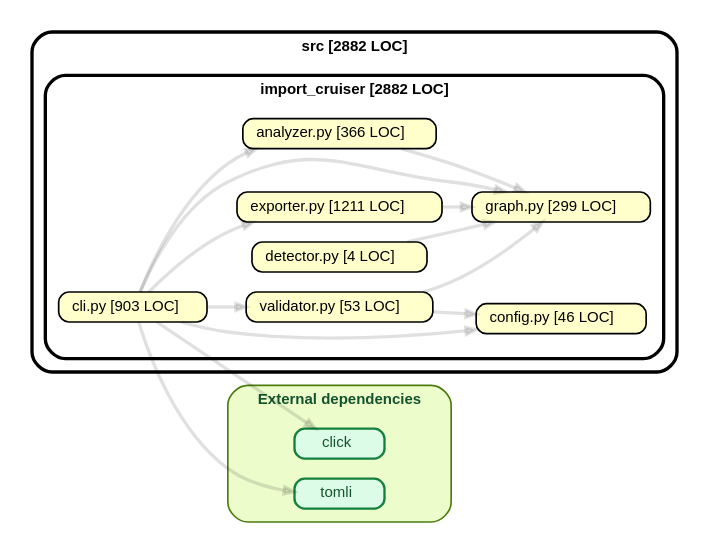
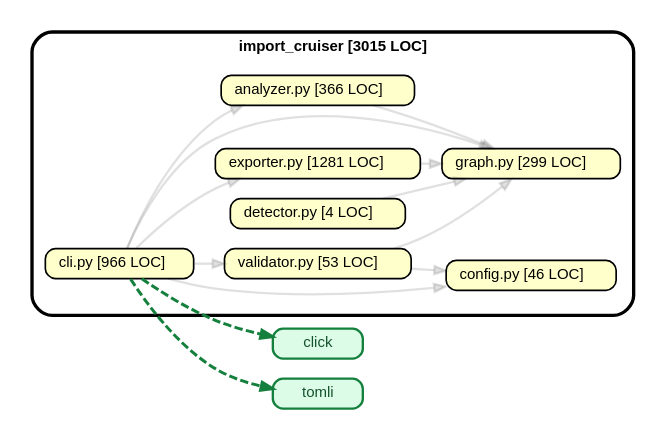
The diagram in artifacts/self-graph/import-cruiser-self-graph.dot (kevin91nl/import-cruiser), drawn with Graphviz before and after one commit. The commit also changed 10 other files, not shown here.

```diff
--- a/artifacts/self-graph/import-cruiser-self-graph.dot
+++ b/artifacts/self-graph/import-cruiser-self-graph.dot
@@ -1,28 +1,28 @@
 strict digraph "import_cruiser"{
     rankdir="LR" splines="true" overlap="false" nodesep="0.16" ranksep="0.18" fontname="Helvetica-bold" fontsize="9" style="rounded,bold,filled" fillcolor="#ffffff" compound="true"
     node [shape="box" style="rounded, filled" height="0.2" color="black" fillcolor="#ffffcc" fontcolor="black" fontname="Helvetica" fontsize="9"]
     edge [arrowhead="normal" arrowsize="0.6" penwidth="2.0" color="#0000001f" fontname="Helvetica" fontsize="9"]
 
-    subgraph "cluster___external_deps__" {label="External dependencies" style="rounded,filled" fillcolor="#ECFCCB" color="#4D7C0F" fontcolor="#14532D" "src/import_cruiser/click" [label=<click> tooltip="click" URL="click" shape="box" style="rounded,filled" fillcolor="#DCFCE7" color="#15803D" penwidth=1.4 fontcolor="#14532D" ] }
-    subgraph "cluster_src" {label="src [2882 LOC]" subgraph "cluster_src/import_cruiser" {label="import_cruiser [2882 LOC]" "src/import_cruiser/analyzer.py" [label=<analyzer.py [366 LOC]> tooltip="analyzer.py [366 LOC]" URL="src/import_cruiser/analyzer.py" ] }}
-    subgraph "cluster_src" {label="src [2882 LOC]" subgraph "cluster_src/import_cruiser" {label="import_cruiser [2882 LOC]" "src/import_cruiser/cli.py" [label=<cli.py [903 LOC]> tooltip="cli.py [903 LOC]" URL="src/import_cruiser/cli.py" ] }}
-    subgraph "cluster_src" {label="src [2882 LOC]" subgraph "cluster_src/import_cruiser" {label="import_cruiser [2882 LOC]" "src/import_cruiser/config.py" [label=<config.py [46 LOC]> tooltip="config.py [46 LOC]" URL="src/import_cruiser/config.py" ] }}
-    subgraph "cluster_src" {label="src [2882 LOC]" subgraph "cluster_src/import_cruiser" {label="import_cruiser [2882 LOC]" "src/import_cruiser/detector.py" [label=<detector.py [4 LOC]> tooltip="detector.py [4 LOC]" URL="src/import_cruiser/detector.py" ] }}
-    subgraph "cluster_src" {label="src [2882 LOC]" subgraph "cluster_src/import_cruiser" {label="import_cruiser [2882 LOC]" "src/import_cruiser/exporter.py" [label=<exporter.py [1211 LOC]> tooltip="exporter.py [1211 LOC]" URL="src/import_cruiser/exporter.py" ] }}
-    subgraph "cluster_src" {label="src [2882 LOC]" subgraph "cluster_src/import_cruiser" {label="import_cruiser [2882 LOC]" "src/import_cruiser/graph.py" [label=<graph.py [299 LOC]> tooltip="graph.py [299 LOC]" URL="src/import_cruiser/graph.py" ] }}
-    subgraph "cluster_src" {label="src [2882 LOC]" subgraph "cluster_src/import_cruiser" {label="import_cruiser [2882 LOC]" "src/import_cruiser/validator.py" [label=<validator.py [53 LOC]> tooltip="validator.py [53 LOC]" URL="src/import_cruiser/validator.py" ] }}
-    subgraph "cluster___external_deps__" {label="External dependencies" style="rounded,filled" fillcolor="#ECFCCB" color="#4D7C0F" fontcolor="#14532D" "src/import_cruiser/tomli" [label=<tomli> tooltip="tomli" URL="tomli" shape="box" style="rounded,filled" fillcolor="#DCFCE7" color="#15803D" penwidth=1.4 fontcolor="#14532D" ] }
+    "click" [label=<click> tooltip="click" URL="click" shape="box" style="rounded,filled" fillcolor="#DCFCE7" color="#15803D" penwidth=1.4 fontcolor="#14532D" ]
+    subgraph "cluster_import_cruiser" {label="import_cruiser [3015 LOC]" "import_cruiser.analyzer" [label=<analyzer.py [366 LOC]> tooltip="analyzer.py [366 LOC]" URL="import_cruiser.analyzer" ] }
+    subgraph "cluster_import_cruiser" {label="import_cruiser [3015 LOC]" "import_cruiser.cli" [label=<cli.py [966 LOC]> tooltip="cli.py [966 LOC]" URL="import_cruiser.cli" ] }
+    subgraph "cluster_import_cruiser" {label="import_cruiser [3015 LOC]" "import_cruiser.config" [label=<config.py [46 LOC]> tooltip="config.py [46 LOC]" URL="import_cruiser.config" ] }
+    subgraph "cluster_import_cruiser" {label="import_cruiser [3015 LOC]" "import_cruiser.detector" [label=<detector.py [4 LOC]> tooltip="detector.py [4 LOC]" URL="import_cruiser.detector" ] }
+    subgraph "cluster_import_cruiser" {label="import_cruiser [3015 LOC]" "import_cruiser.exporter" [label=<exporter.py [1281 LOC]> tooltip="exporter.py [1281 LOC]" URL="import_cruiser.exporter" ] }
+    subgraph "cluster_import_cruiser" {label="import_cruiser [3015 LOC]" "import_cruiser.graph" [label=<graph.py [299 LOC]> tooltip="graph.py [299 LOC]" URL="import_cruiser.graph" ] }
+    subgraph "cluster_import_cruiser" {label="import_cruiser [3015 LOC]" "import_cruiser.validator" [label=<validator.py [53 LOC]> tooltip="validator.py [53 LOC]" URL="import_cruiser.validator" ] }
+    "tomli" [label=<tomli> tooltip="tomli" URL="tomli" shape="box" style="rounded,filled" fillcolor="#DCFCE7" color="#15803D" penwidth=1.4 fontcolor="#14532D" ]
 
-    "src/import_cruiser/analyzer.py" -> "src/import_cruiser/graph.py"
-    "src/import_cruiser/cli.py" -> "src/import_cruiser/click"
-    "src/import_cruiser/cli.py" -> "src/import_cruiser/analyzer.py"
-    "src/import_cruiser/cli.py" -> "src/import_cruiser/config.py"
-    "src/import_cruiser/cli.py" -> "src/import_cruiser/exporter.py"
-    "src/import_cruiser/cli.py" -> "src/import_cruiser/graph.py"
-    "src/import_cruiser/cli.py" -> "src/import_cruiser/validator.py"
-    "src/import_cruiser/cli.py" -> "src/import_cruiser/tomli"
-    "src/import_cruiser/detector.py" -> "src/import_cruiser/graph.py"
-    "src/import_cruiser/exporter.py" -> "src/import_cruiser/graph.py"
-    "src/import_cruiser/validator.py" -> "src/import_cruiser/config.py"
-    "src/import_cruiser/validator.py" -> "src/import_cruiser/graph.py"
+    "import_cruiser.analyzer" -> "import_cruiser.graph" [color="#0000001f", style="solid", penwidth=1.4, arrowsize=0.7]
+    "import_cruiser.cli" -> "click" [color="#15803D", style="dashed", penwidth=1.8, arrowsize=0.7]
+    "import_cruiser.cli" -> "import_cruiser.analyzer" [color="#0000001f", style="solid", penwidth=1.4, arrowsize=0.7]
+    "import_cruiser.cli" -> "import_cruiser.config" [color="#0000001f", style="solid", penwidth=1.4, arrowsize=0.7]
+    "import_cruiser.cli" -> "import_cruiser.exporter" [color="#0000001f", style="solid", penwidth=1.4, arrowsize=0.7]
+    "import_cruiser.cli" -> "import_cruiser.graph" [color="#0000001f", style="solid", penwidth=1.4, arrowsize=0.7]
+    "import_cruiser.cli" -> "import_cruiser.validator" [color="#0000001f", style="solid", penwidth=1.4, arrowsize=0.7]
+    "import_cruiser.cli" -> "tomli" [color="#15803D", style="dashed", penwidth=1.8, arrowsize=0.7]
+    "import_cruiser.detector" -> "import_cruiser.graph" [color="#0000001f", style="solid", penwidth=1.4, arrowsize=0.7]
+    "import_cruiser.exporter" -> "import_cruiser.graph" [color="#0000001f", style="solid", penwidth=1.4, arrowsize=0.7]
+    "import_cruiser.validator" -> "import_cruiser.config" [color="#0000001f", style="solid", penwidth=1.4, arrowsize=0.7]
+    "import_cruiser.validator" -> "import_cruiser.graph" [color="#0000001f", style="solid", penwidth=1.4, arrowsize=0.7]
 }
```
